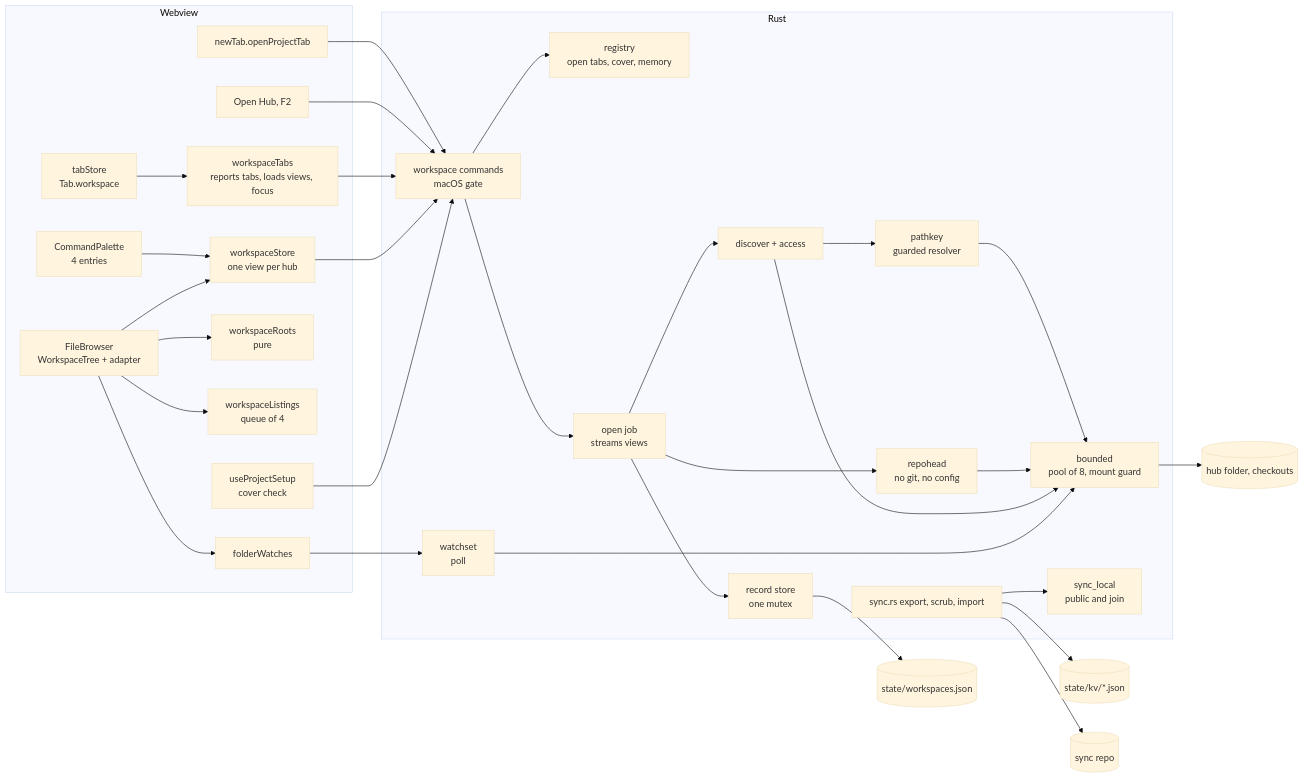
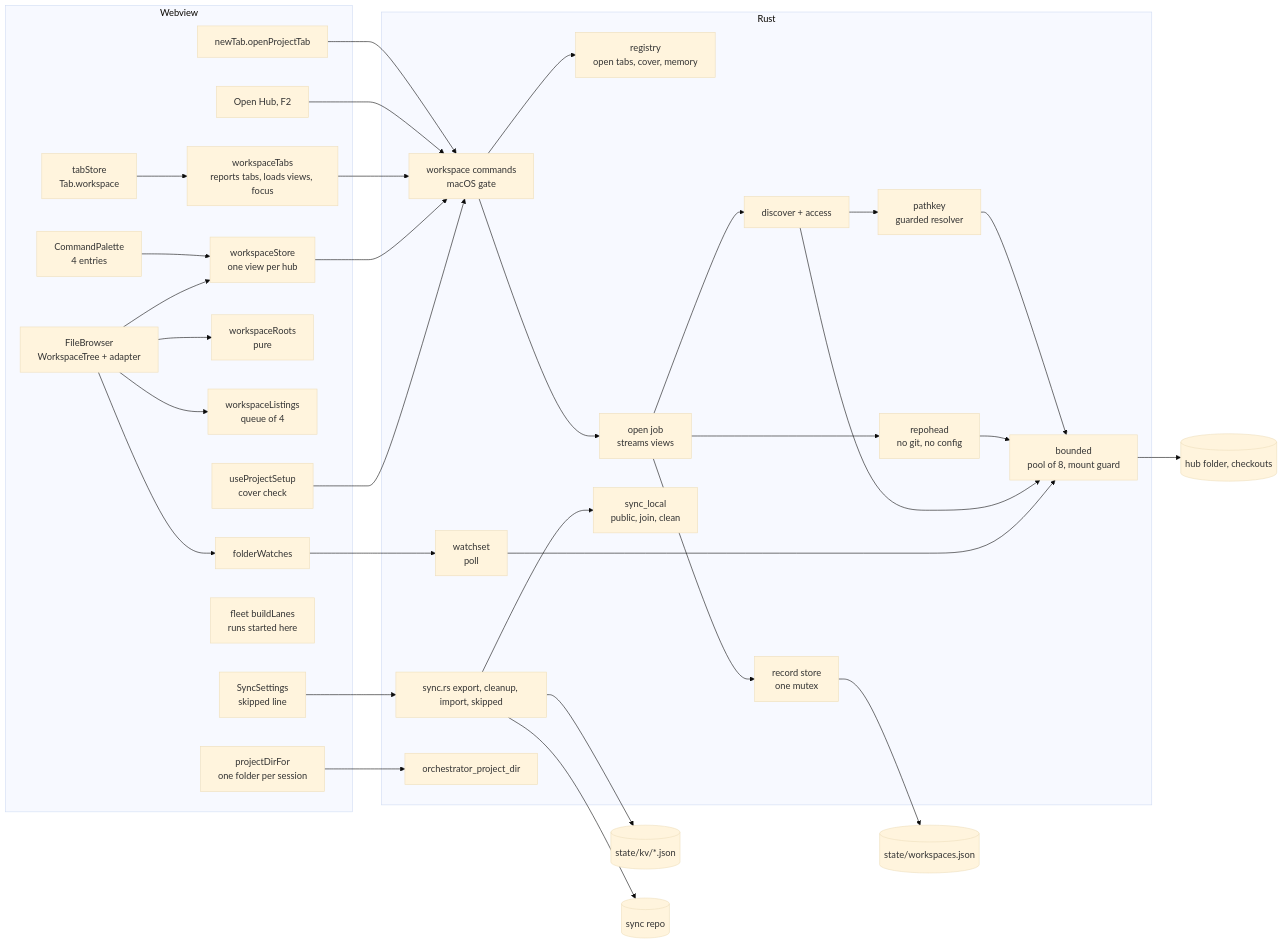
One commit to alvin-reyes/better-agentic-ide changed the first of 3 diagrams in docs/superpowers/specs/2026-11-15-workspaces-design.md. Above: the diagram before and after it, drawn with Mermaid (base theme). The commit also changed other lines of this file and 8 other files, not shown here.

````diff
--- a/docs/superpowers/specs/2026-11-15-workspaces-design.md
+++ b/docs/superpowers/specs/2026-11-15-workspaces-design.md
@@ -63,58 +72,64 @@
 ```mermaid
 flowchart LR
   subgraph Webview
     NT[newTab.openProjectTab]
     OH[Open Hub, F2]
     TS[tabStore<br/>Tab.workspace]
     WT[workspaceTabs<br/>reports tabs, loads views, focus]
     WS[workspaceStore<br/>one view per hub]
     VR[workspaceRoots<br/>pure]
     FB[FileBrowser<br/>WorkspaceTree + adapter]
     WL[workspaceListings<br/>queue of 4]
     FW[folderWatches]
     CP[CommandPalette<br/>4 entries]
     PS[useProjectSetup<br/>cover check]
+    FL[fleet buildLanes<br/>runs started here]
+    OPD[projectDirFor<br/>one folder per session]
+    SS[SyncSettings<br/>skipped line]
   end
   subgraph Rust
     CMD[workspace commands<br/>macOS gate]
     REG[registry<br/>open tabs, cover, memory]
     REC[record store<br/>one mutex]
     OPEN[open job<br/>streams views]
     DISC[discover + access]
     HEAD[repohead<br/>no git, no config]
     PK[pathkey<br/>guarded resolver]
     BD[bounded<br/>pool of 8, mount guard]
     WSET[watchset<br/>poll]
-    SL[sync_local<br/>public and join]
-    SY[sync.rs export, scrub, import]
+    SL[sync_local<br/>public, join, clean]
+    SY[sync.rs export, cleanup, import, skipped]
+    OD[orchestrator_project_dir]
   end
   FILE[(state/workspaces.json)]
   KV[(state/kv/*.json)]
   REPO[(sync repo)]
   HUB[(hub folder, checkouts)]
 
   NT --> CMD
   OH --> CMD
   TS --> WT --> CMD
   WS --> CMD
   CP --> WS
   FB --> WS
   FB --> VR
   FB --> WL
   FB --> FW --> WSET
   PS --> CMD
   CMD --> REG
   CMD --> OPEN
   OPEN --> REC --> FILE
   OPEN --> DISC
   OPEN --> HEAD
   DISC --> PK
   PK --> BD
   HEAD --> BD
   DISC --> BD
   WSET --> BD
   BD --> HUB
   SY --> SL
   SY --> KV
   SY --> REPO
+  OPD --> OD
+  SS --> SY
 ```
````
